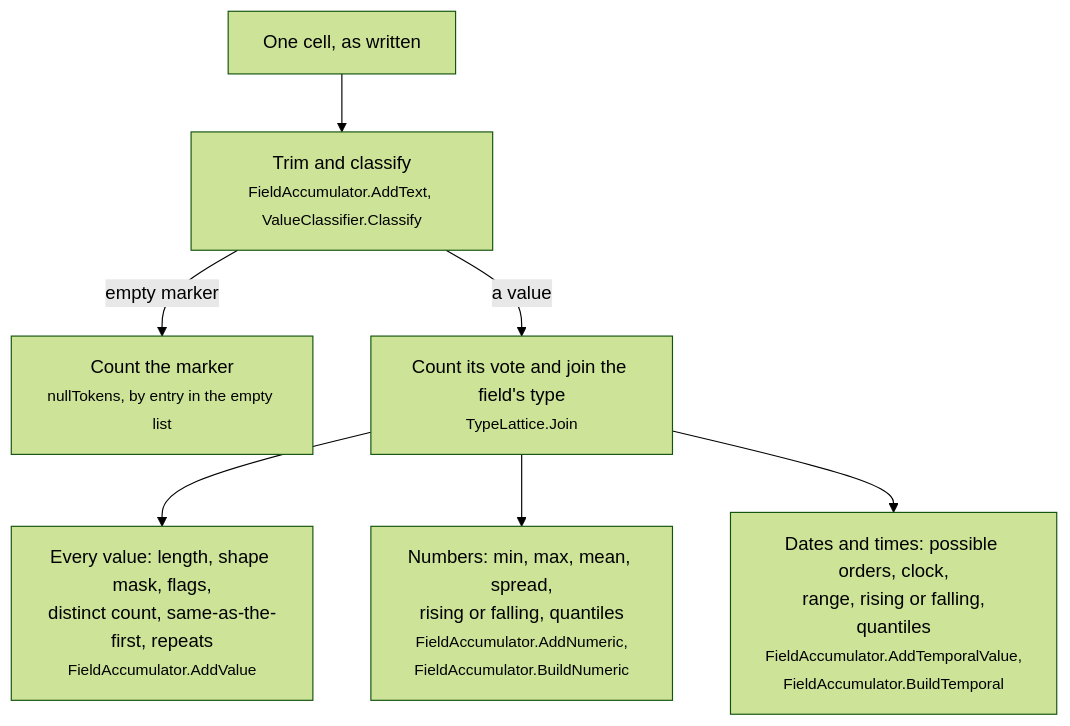
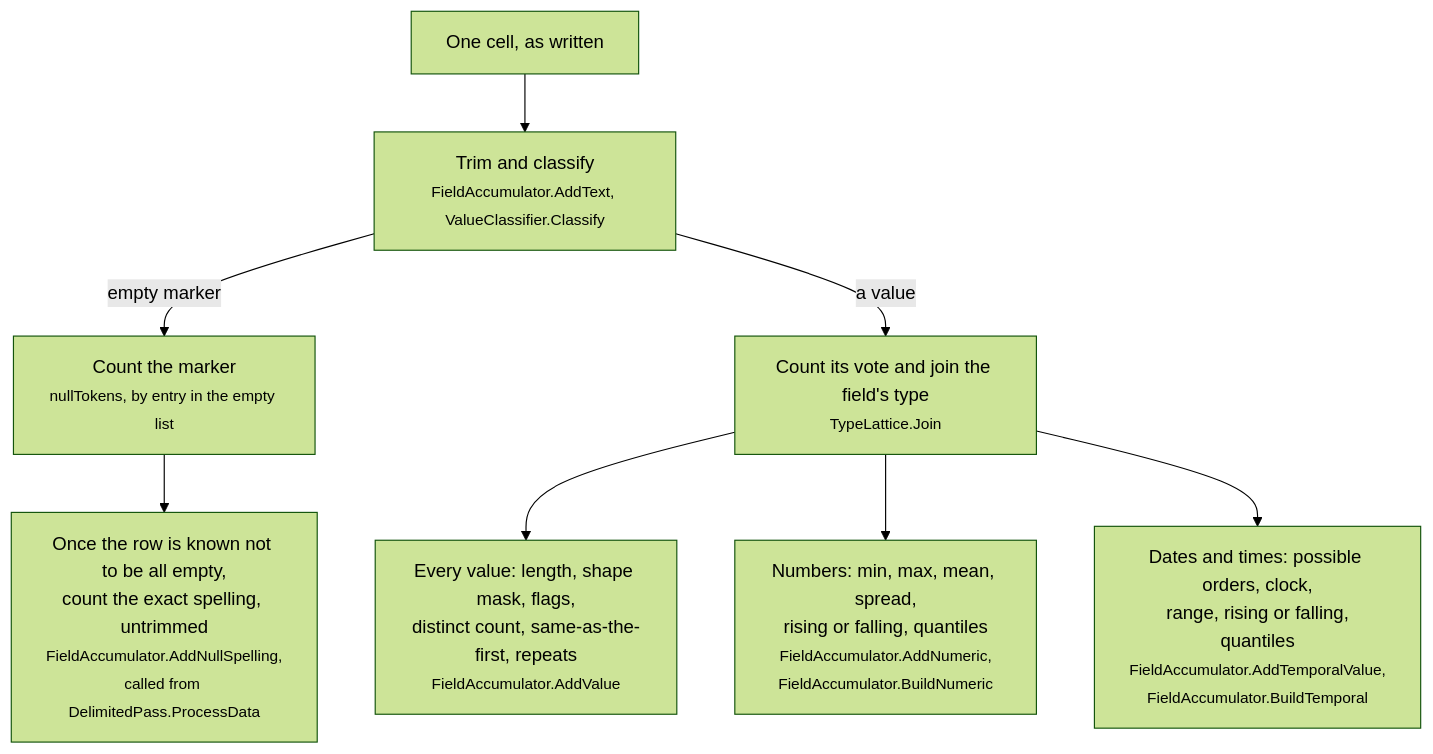
Diagram 12 of 30 in docs/how-it-works.md (squalor-xyz/squalify), drawn with Mermaid (forest theme) before and after one commit. The commit also changed other lines of this file and 18 other files, not shown here.

Commit message:
sq-36: exact null spellings

````diff
--- a/docs/how-it-works.md
+++ b/docs/how-it-works.md
@@ -187,9 +187,10 @@
 ```mermaid
 flowchart TD
     V["One cell, as written"] --> C["Trim and classify<br/><small>FieldAccumulator.AddText, ValueClassifier.Classify</small>"]
     C -- "empty marker" --> N["Count the marker<br/><small>nullTokens, by entry in the empty list</small>"]
+    N --> Sp["Once the row is known not to be all empty,<br/>count the exact spelling, untrimmed<br/><small>FieldAccumulator.AddNullSpelling,<br/>called from DelimitedPass.ProcessData</small>"]
     C -- "a value" --> U["Count its vote and join the field's type<br/><small>TypeLattice.Join</small>"]
     U --> A["Every value: length, shape mask, flags,<br/>distinct count, same-as-the-first, repeats<br/><small>FieldAccumulator.AddValue</small>"]
     U --> Nu["Numbers: min, max, mean, spread,<br/>rising or falling, quantiles<br/><small>FieldAccumulator.AddNumeric,<br/>FieldAccumulator.BuildNumeric</small>"]
     U --> Te["Dates and times: possible orders, clock,<br/>range, rising or falling,<br/>quantiles<br/><small>FieldAccumulator.AddTemporalValue,<br/>FieldAccumulator.BuildTemporal</small>"]
 ```
````
